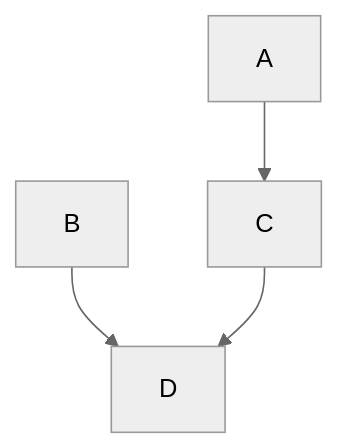
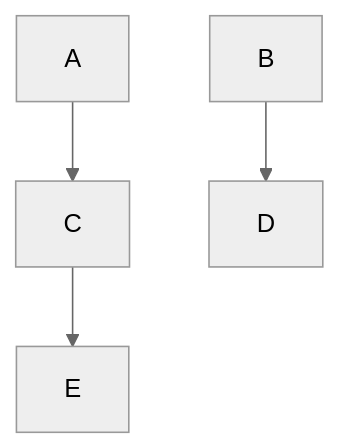
One commit to Adamaya/testing changed the diagram in README.md. Above: the diagram before and after it, drawn with Mermaid (neutral theme).

````diff
--- a/README.md
+++ b/README.md
@@ -2,6 +2,6 @@
 ```mermaid
 graph TD;
     A-->C;
     B-->D;
-    C-->D;
+    C-->E;
 ```
````
